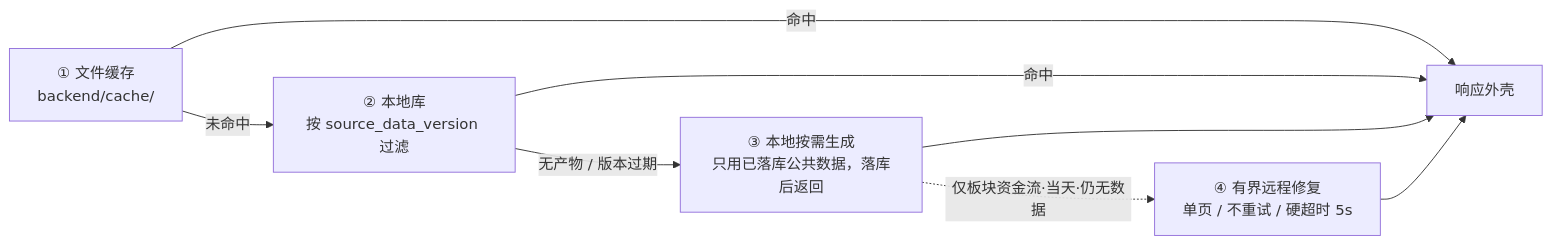
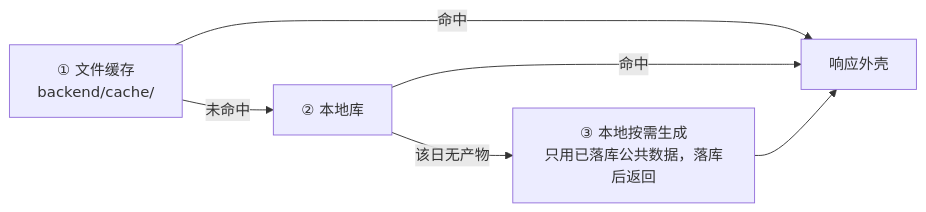
One commit to imwhatiam/AShareReview changed the second of 5 diagrams in README.md. Above: the diagram before and after it, drawn with Mermaid. The commit also changed other lines of this file and 200 other files, not shown here.

````diff
--- a/README.md
+++ b/README.md
@@ -196,10 +233,8 @@
 ```mermaid
 flowchart LR
-    A["① 文件缓存<br/>backend/cache/"] -->|未命中| B["② 本地库<br/>按 source_data_version 过滤"]
-    B -->|无产物 / 版本过期| C["③ 本地按需生成<br/>只用已落库公共数据，落库后返回"]
-    C -. 仅板块资金流·当天·仍无数据 .-> D["④ 有界远程修复<br/>单页 / 不重试 / 硬超时 5s"]
+    A["① 文件缓存<br/>backend/cache/"] -->|未命中| B["② 本地库"]
+    B -->|该日无产物| C["③ 本地按需生成<br/>只用已落库公共数据，落库后返回"]
     A -->|命中| R["响应外壳"]
     B -->|命中| R
     C --> R
-    D --> R
 ```
````
